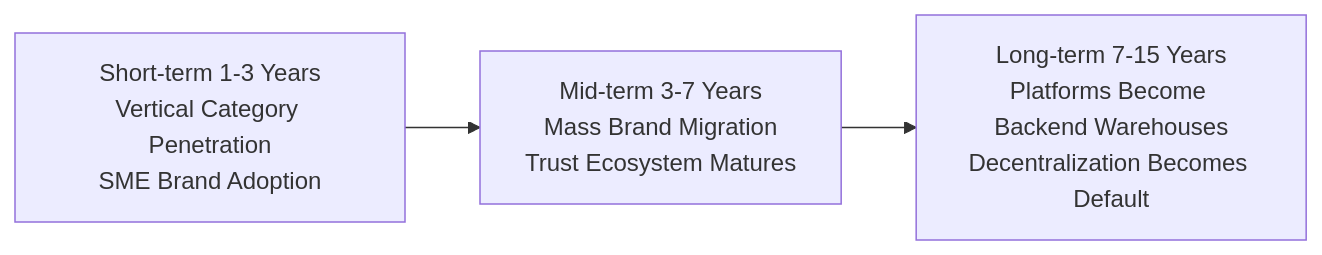
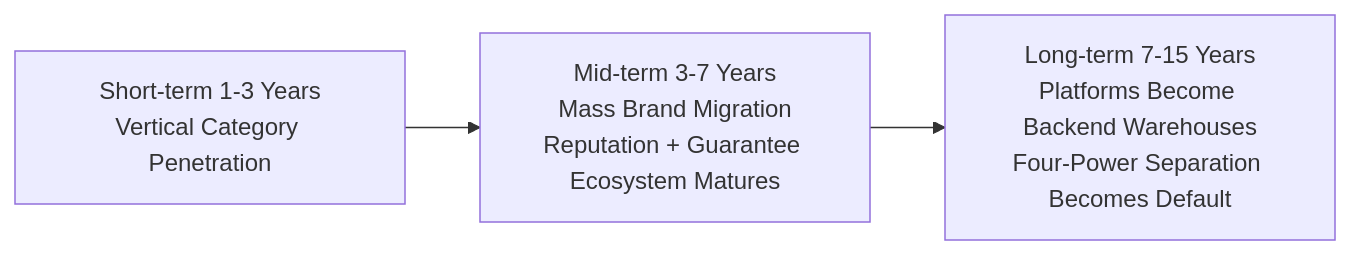
The sixth of 7 diagrams in English/AI-Shopping-Paradigm.md (kaicen-x/ai-shopping-paradigm), drawn with Mermaid before and after one commit. The commit also changed other lines of this file and 4 other files, not shown here.

````diff
--- a/English/AI-Shopping-Paradigm.md
+++ b/English/AI-Shopping-Paradigm.md
@@ -192,7 +215,7 @@
 ```mermaid
 graph LR
- S[Short-term 1-3 Years<br/>Vertical Category Penetration<br/>SME Brand Adoption]
- M[Mid-term 3-7 Years<br/>Mass Brand Migration<br/>Trust Ecosystem Matures]
- L[Long-term 7-15 Years<br/>Platforms Become Backend Warehouses<br/>Decentralization Becomes Default]
- S --> M --> L
+    S[Short-term 1-3 Years<br/>Vertical Category Penetration]
+    M[Mid-term 3-7 Years<br/>Mass Brand Migration<br/>Reputation + Guarantee Ecosystem Matures]
+    L[Long-term 7-15 Years<br/>Platforms Become Backend Warehouses<br/>Four-Power Separation Becomes Default]
+    S --> M --> L
 ```
````
